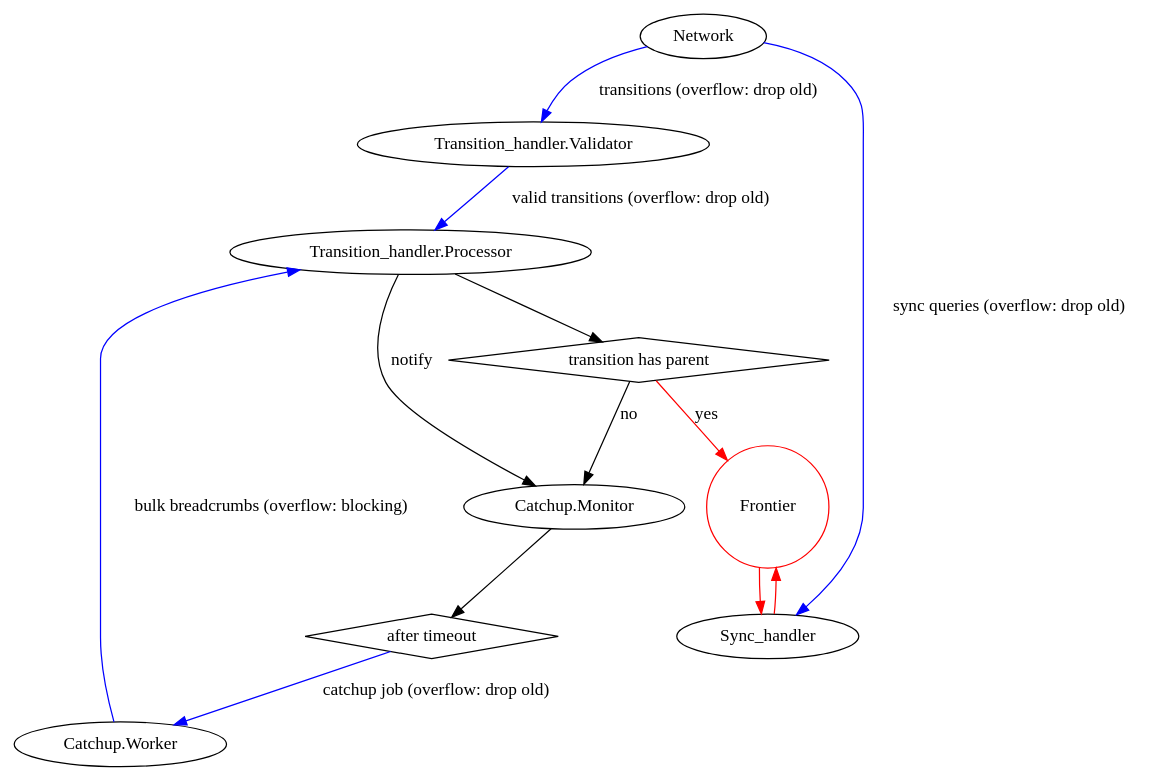
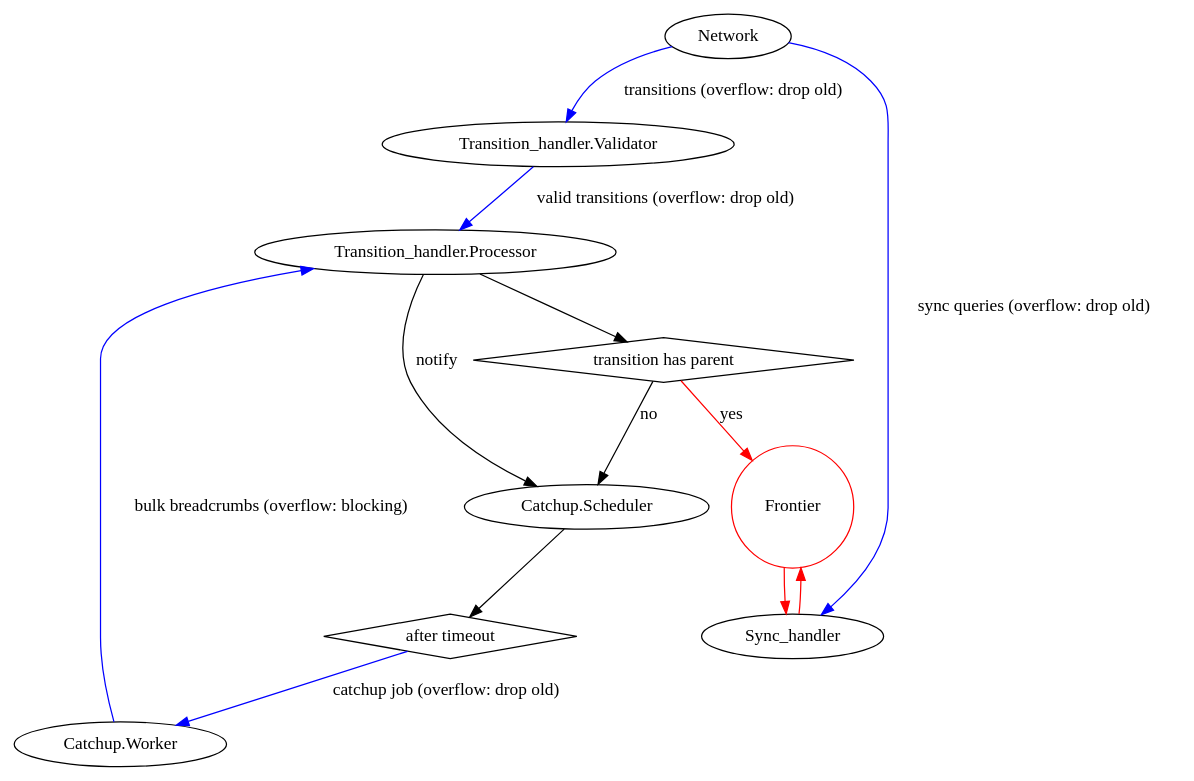
The diagram in docs/res/transition_frontier_controller.dot (MinaProtocol/mina), drawn with Graphviz before and after one commit. The commit also changed 5 other files, not shown here.

Commit message:
rename catchup monitor to scheduler

```diff
--- a/docs/res/transition_frontier_controller.dot
+++ b/docs/res/transition_frontier_controller.dot
@@ -1,22 +1,22 @@
 digraph G {
   // rankdir=LR;
 
   Network -> "Transition_handler.Validator" [label="transitions (overflow: drop old)",color=blue];
   Network -> Sync_handler [label="sync queries (overflow: drop old)",color=blue];
 
   "transition has parent" [shape=diamond];
   "Transition_handler.Validator" -> "Transition_handler.Processor" [label="valid transitions (overflow: drop old)",color=blue];
   "Transition_handler.Processor" -> "transition has parent";
   "transition has parent" -> Frontier [label="yes",color=red];
-  "transition has parent" -> "Catchup.Monitor" [label="no"];
-  "Transition_handler.Processor" -> "Catchup.Monitor" [label="notify"];
+  "transition has parent" -> "Catchup.Scheduler" [label="no"];
+  "Transition_handler.Processor" -> "Catchup.Scheduler" [label="notify"];
 
   "after timeout" [shape=diamond];
-  "Catchup.Monitor" -> "after timeout";
+  "Catchup.Scheduler" -> "after timeout";
   "after timeout" -> "Catchup.Worker" [label="catchup job (overflow: drop old)",color=blue];
   "Catchup.Worker" -> "Transition_handler.Processor" [label="bulk breadcrumbs (overflow: blocking)",color=blue];
 
   Frontier [shape=circle,color=red];
   Frontier -> Sync_handler [color=red];
   Sync_handler -> Frontier [color=red];
 }
```
